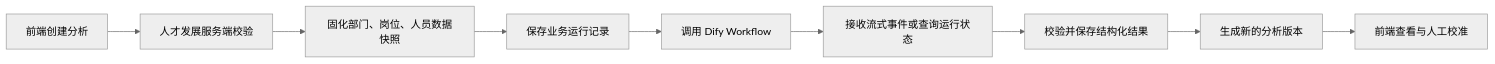
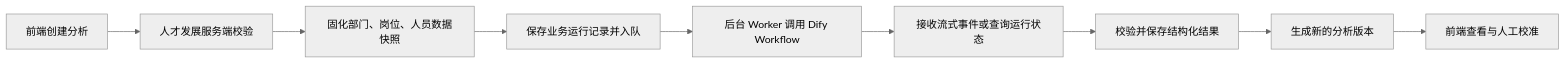
Before and after one commit to 6jinfu/zstd_amis: the diagram in newprd/10_组织与关键岗位分析_Dify工作流接口.md, drawn with Mermaid (neutral theme). The commit also changed other lines of this file and 37 other files, not shown here.

Commit message:
feat: add asynchronous analysis task flows

````diff
--- a/newprd/10_组织与关键岗位分析_Dify工作流接口.md
+++ b/newprd/10_组织与关键岗位分析_Dify工作流接口.md
@@ -14,11 +14,11 @@
 ```mermaid
 flowchart LR
     A[前端创建分析] --> B[人才发展服务端校验]
     B --> C[固化部门、岗位、人员数据快照]
-    C --> D[保存业务运行记录]
-    D --> E[调用 Dify Workflow]
+    C --> D[保存业务运行记录并入队]
+    D --> E[后台 Worker 调用 Dify Workflow]
     E --> F[接收流式事件或查询运行状态]
     F --> G[校验并保存结构化结果]
     G --> H[生成新的分析版本]
     H --> I[前端查看与人工校准]
 ```
````
